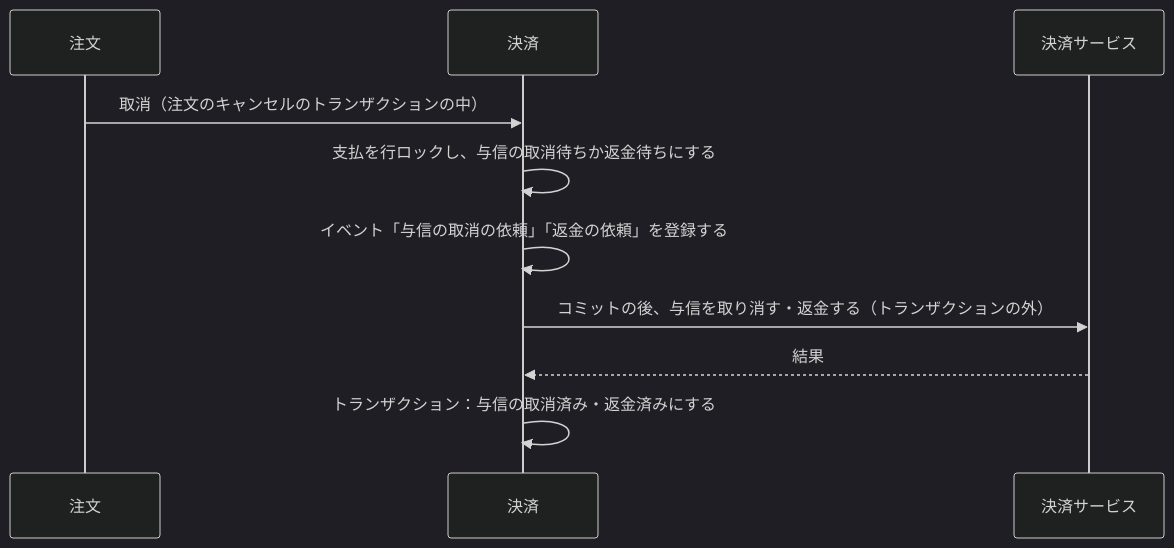
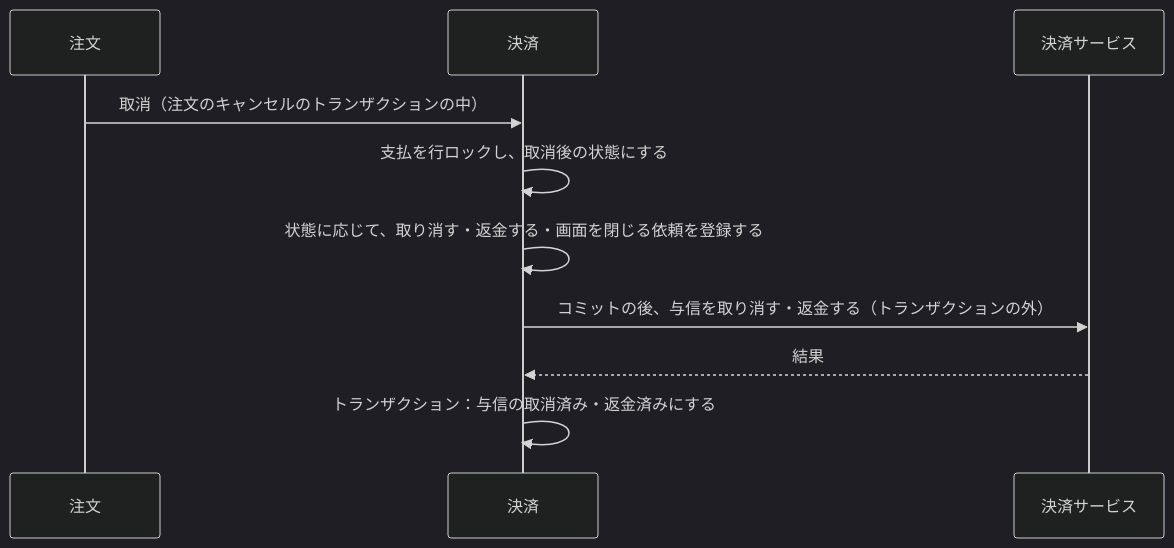
One commit to roger88106/ec-site changed the fifth of 6 diagrams in docs/02-設計/payment.md. Above: the diagram before and after it, drawn with Mermaid (dark theme). The commit also changed other lines of this file and 3 other files, not shown here.

````diff
--- a/docs/02-設計/payment.md
+++ b/docs/02-設計/payment.md
@@ -266,12 +266,12 @@
 ```mermaid
 sequenceDiagram
     participant O as 注文
     participant P as 決済
     participant G as 決済サービス
     O->>P: 取消（注文のキャンセルのトランザクションの中）
-    P->>P: 支払を行ロックし、与信の取消待ちか返金待ちにする
-    P->>P: イベント「与信の取消の依頼」「返金の依頼」を登録する
+    P->>P: 支払を行ロックし、取消後の状態にする
+    P->>P: 状態に応じて、取り消す・返金する・画面を閉じる依頼を登録する
     P->>G: コミットの後、与信を取り消す・返金する（トランザクションの外）
     G-->>P: 結果
     P->>P: トランザクション：与信の取消済み・返金済みにする
 ```
````
